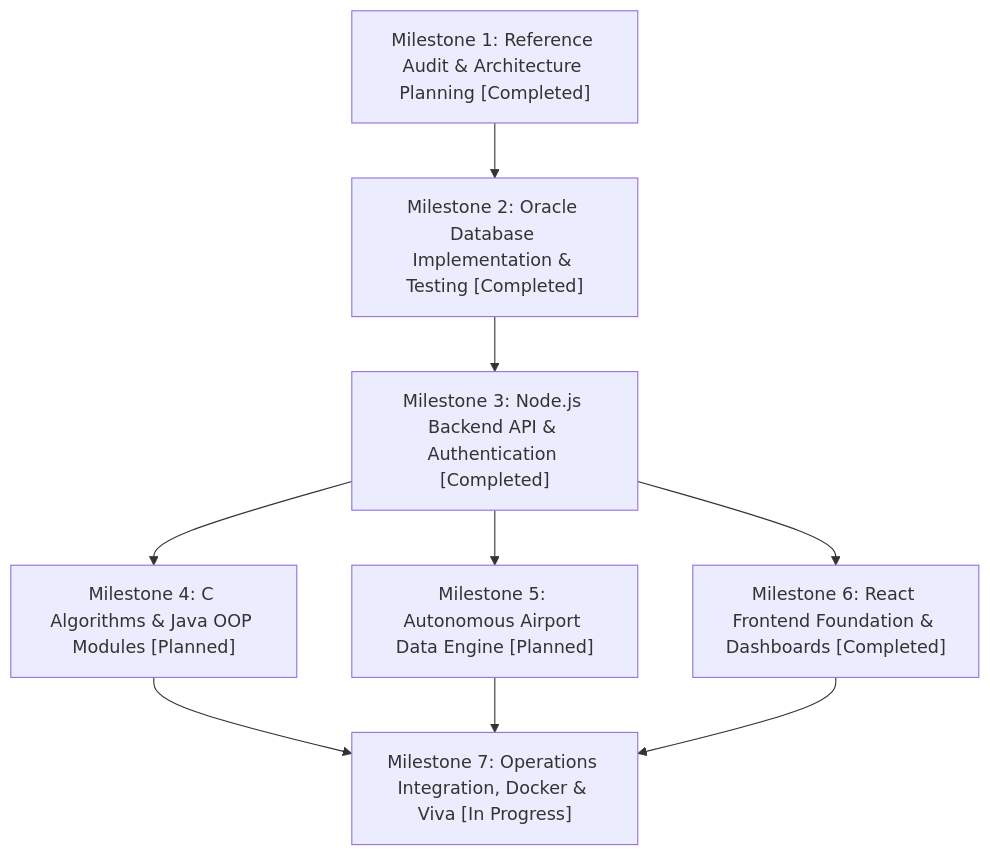
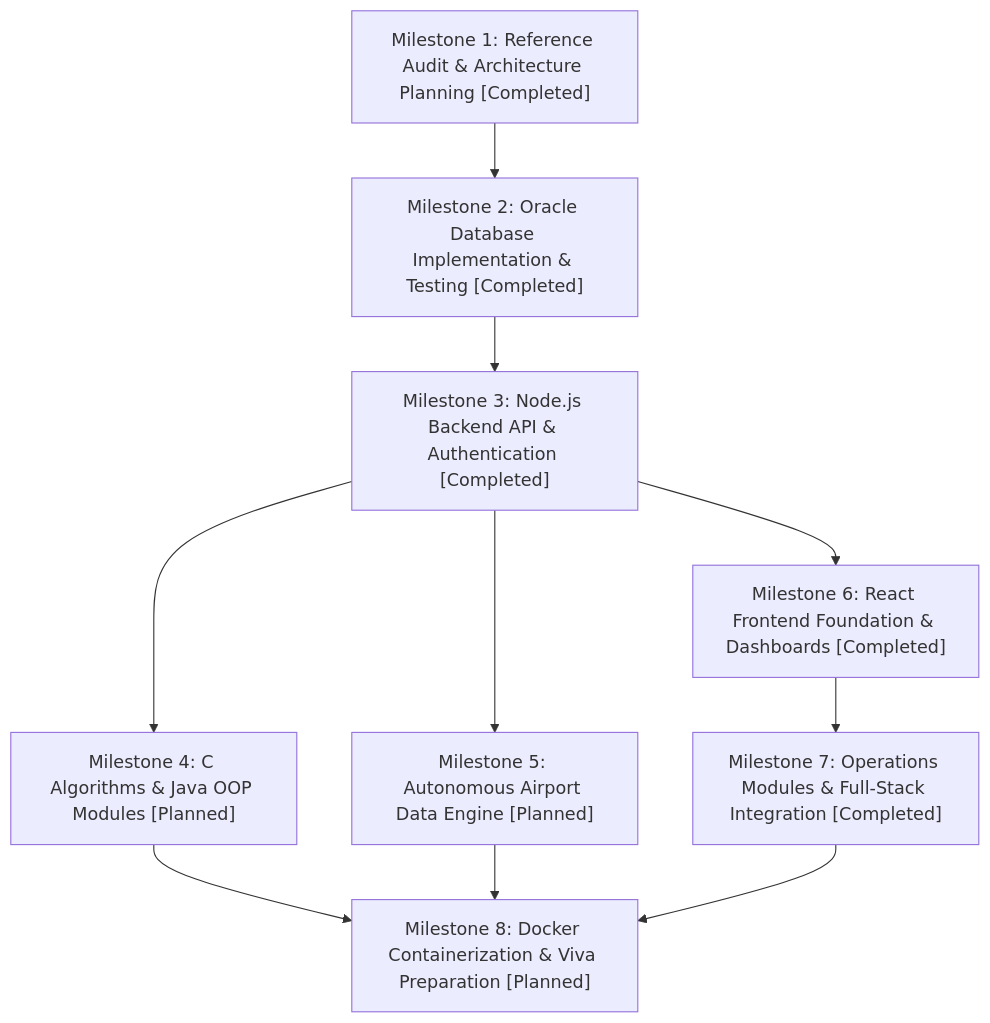
The diagram in docs/DEVELOPMENT_ROADMAP.md (Saravana65/Airport-Management-System), drawn with Mermaid before and after one commit. The commit also changed other lines of this file and 42 other files, not shown here.

Commit message:
feat(operations): implement Phase 07 airport operations modules and full-stack integration

````diff
--- a/docs/DEVELOPMENT_ROADMAP.md
+++ b/docs/DEVELOPMENT_ROADMAP.md
@@ -13,19 +13,21 @@
 ```mermaid
 flowchart TD
     M1["Milestone 1: Reference Audit & Architecture Planning [Completed]"]
     M2["Milestone 2: Oracle Database Implementation & Testing [Completed]"]
     M3["Milestone 3: Node.js Backend API & Authentication [Completed]"]
     M4["Milestone 4: C Algorithms & Java OOP Modules [Planned]"]
     M5["Milestone 5: Autonomous Airport Data Engine [Planned]"]
     M6["Milestone 6: React Frontend Foundation & Dashboards [Completed]"]
-    M7["Milestone 7: Operations Integration, Docker & Viva [In Progress]"]
+    M7["Milestone 7: Operations Modules & Full-Stack Integration [Completed]"]
+    M8["Milestone 8: Docker Containerization & Viva Preparation [Planned]"]
 
     M1 --> M2
     M2 --> M3
     M3 --> M6
+    M6 --> M7
     M3 --> M4
     M3 --> M5
-    M4 --> M7
-    M5 --> M7
-    M6 --> M7
+    M4 --> M8
+    M5 --> M8
+    M7 --> M8
 ```
````
